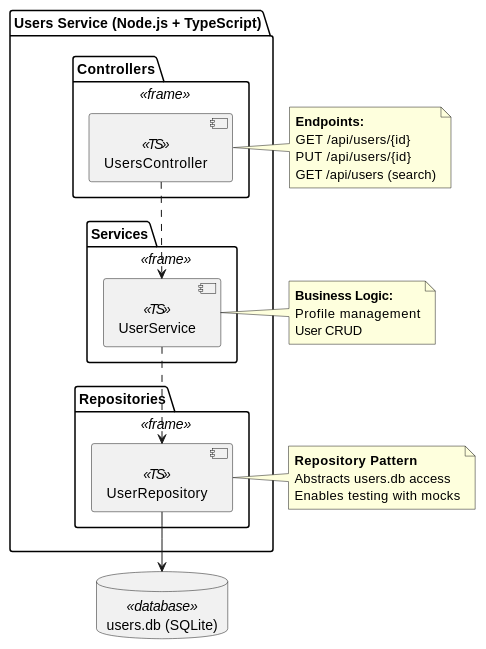
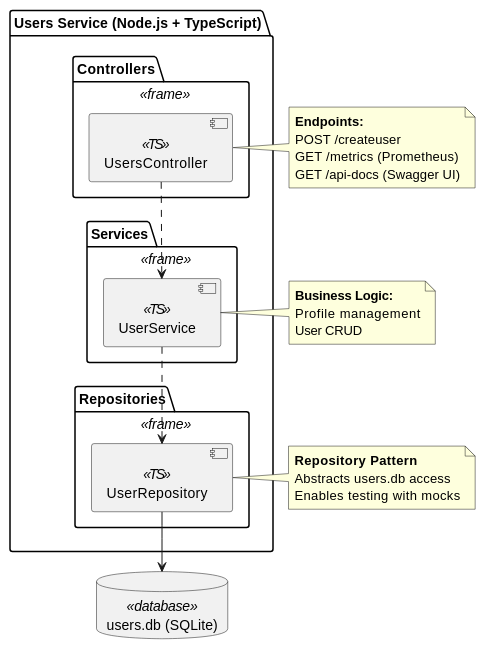
The third of 5 diagrams in docs/src/05_building_block_view.adoc (Arquisoft/yovi_es1c), drawn with PlantUML before and after one commit. The commit also changed other lines of this file and 7 other files, not shown here.

```diff
--- a/docs/src/05_building_block_view.adoc
+++ b/docs/src/05_building_block_view.adoc
@@ -266,45 +302,45 @@
 [plantuml, level2-users, png]
 ----
 @startuml
 package "Users Service (Node.js + TypeScript)" {
 
   package "Controllers" <<frame>> {
     component [UsersController] <<TS>>
   }
 
   package "Services" <<frame>> {
     component [UserService] <<TS>>
   }
 
   package "Repositories" <<frame>> {
     component [UserRepository] <<TS>>
   }
 }
 
 database "users.db (SQLite)" as usersdb <<database>>
 
 [UsersController] ..> [UserService]
 [UserService] ..> [UserRepository]
 [UserRepository] --> usersdb
 
 note right of [UsersController]
   **Endpoints:**
-  GET /api/users/{id}
-  PUT /api/users/{id}
-  GET /api/users (search)
+  POST /createuser
+  GET /metrics (Prometheus)
+  GET /api-docs (Swagger UI)
 end note
 
 note right of [UserService]
   **Business Logic:**
   Profile management
   User CRUD
 end note
 
 note right of [UserRepository]
   **Repository Pattern**
   Abstracts users.db access
   Enables testing with mocks
 end note
 
 @enduml
 ----
```
